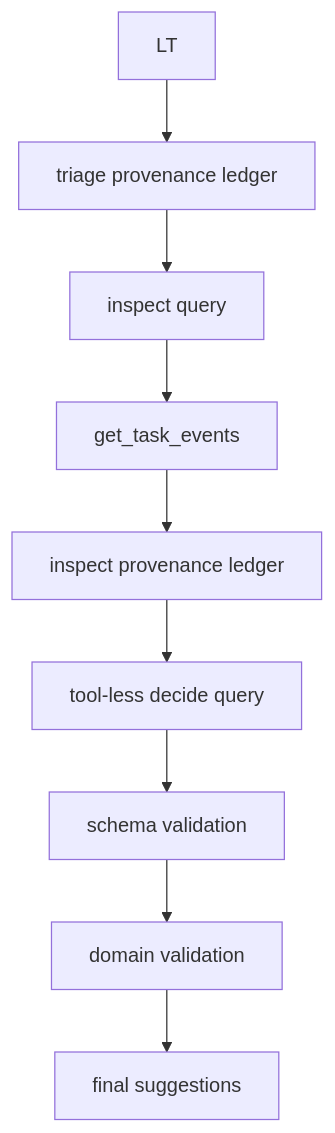
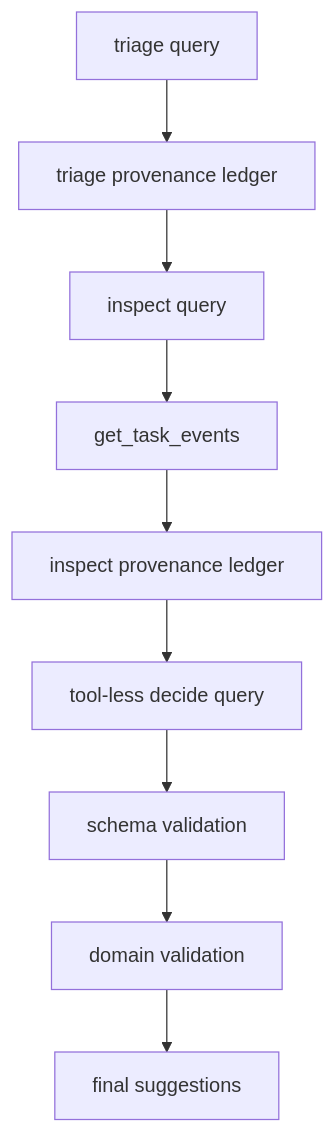
The third of 5 diagrams in services/agent-worker/src/domain/cleanup/README.md (agent-tracer/tracer-agent-ts), drawn with Mermaid before and after one commit. The commit also changed other lines of this file and 3 other files, not shown here.

````diff
--- a/services/agent-worker/src/domain/cleanup/README.md
+++ b/services/agent-worker/src/domain/cleanup/README.md
@@ -72,11 +72,11 @@
 ```mermaid
 flowchart TD
-    LT --> LEDGER1[triage provenance ledger]
+    TRIAGE[triage query] --> LEDGER1[triage provenance ledger]
     LEDGER1 --> INSPECT[inspect query]
     INSPECT --> ET[get_task_events]
     ET --> LEDGER2[inspect provenance ledger]
     LEDGER2 --> DECIDE[tool-less decide query]
     DECIDE --> SCHEMA[schema validation]
     SCHEMA --> DOMAIN[domain validation]
     DOMAIN --> RESULT[final suggestions]
 ```
````
